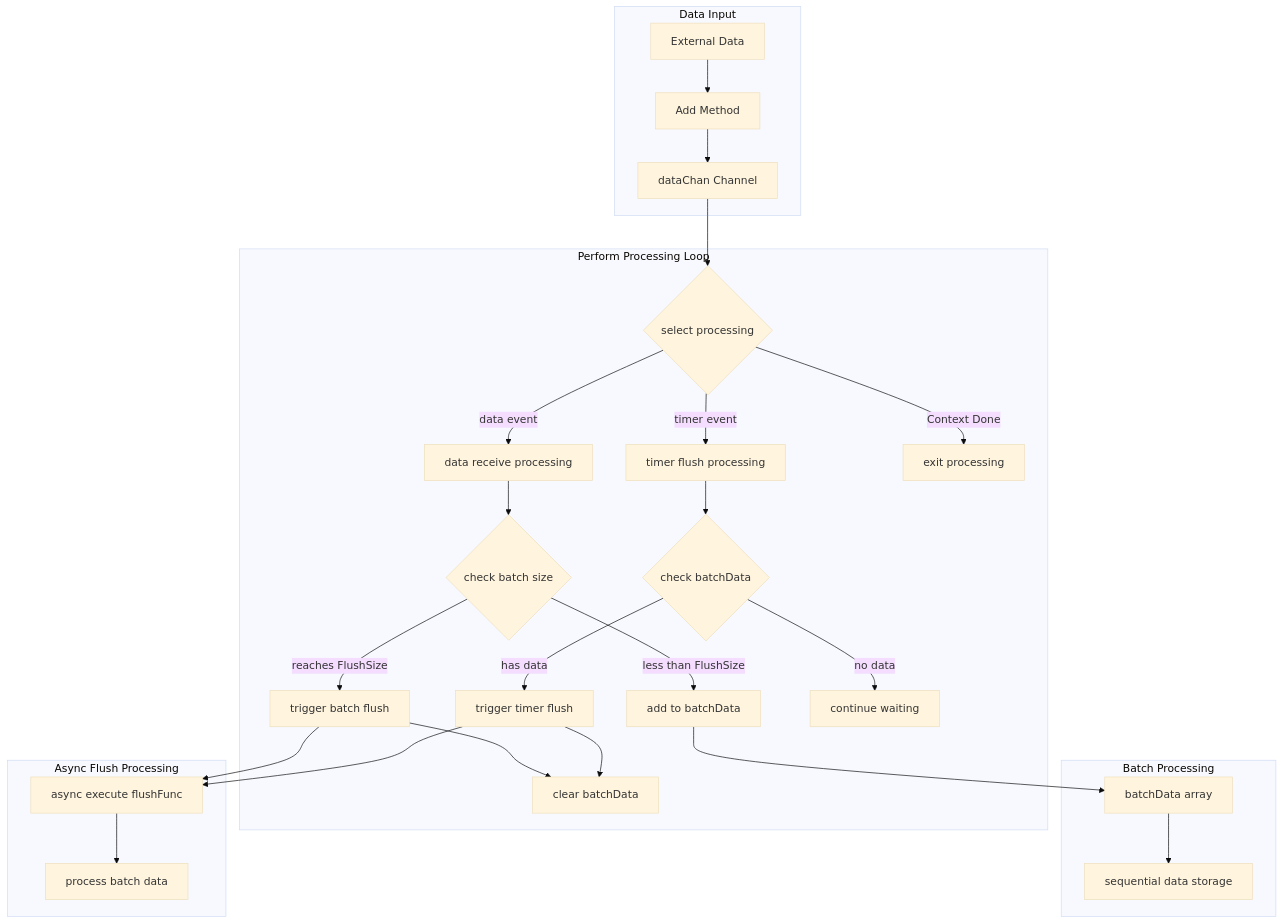
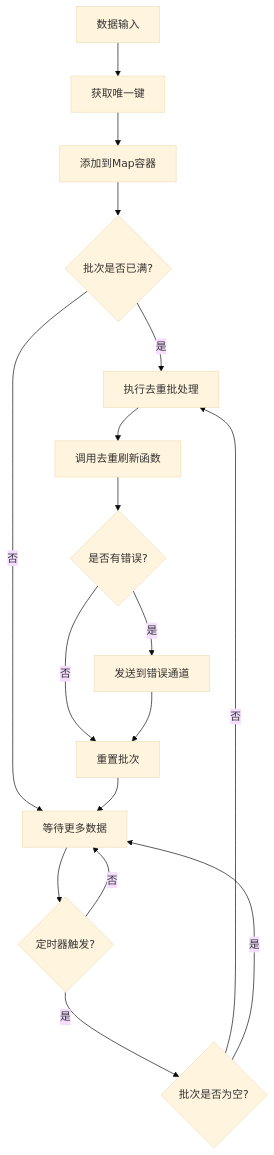
The second of 2 diagrams in README.md (rushairer/go-pipeline), drawn with Mermaid (base theme) before and after one commit. The commit also changed other lines of this file and 24 other files, not shown here.

````diff
--- a/README.md
+++ b/README.md
@@ -162,36 +119,19 @@
 ```mermaid
-graph TB
-    subgraph Data Input
-        A[External Data] --> B[Add Method]
-        B --> C[dataChan Channel]
-    end
-
-    subgraph Perform Processing Loop
-        C --> D{select processing}
-        D -->|data event| E[data receive processing]
-        D -->|timer event| F[timer flush processing]
-        D -->|Context Done| G[exit processing]
-
-        E --> H{check batch size}
-        H -->|less than FlushSize| I[add to batchData]
-        H -->|reaches FlushSize| J[trigger batch flush]
-
-        F --> K{check batchData}
-        K -->|has data| L[trigger timer flush]
-        K -->|no data| M[continue waiting]
-
-        J --> N[clear batchData]
-        L --> N
-    end
-
-    subgraph Batch Processing
-        I --> O[batchData array]
-        O --> P[sequential data storage]
-    end
-
-    subgraph Async Flush Processing
-        J --> R[async execute flushFunc]
-        L --> R
-        R --> S[process batch data]
-    end
+graph TD
+    A[数据输入] --> B[获取唯一键]
+    B --> C[添加到Map容器]
+    C --> D{批次是否已满?}
+    D -->|是| E[执行去重批处理]
+    D -->|否| F[等待更多数据]
+    F --> G{定时器触发?}
+    G -->|是| H{批次是否为空?}
+    H -->|否| E
+    H -->|是| F
+    G -->|否| F
+    E --> I[调用去重刷新函数]
+    I --> J{是否有错误?}
+    J -->|是| K[发送到错误通道]
+    J -->|否| L[重置批次]
+    K --> L
+    L --> F
 ```
````
